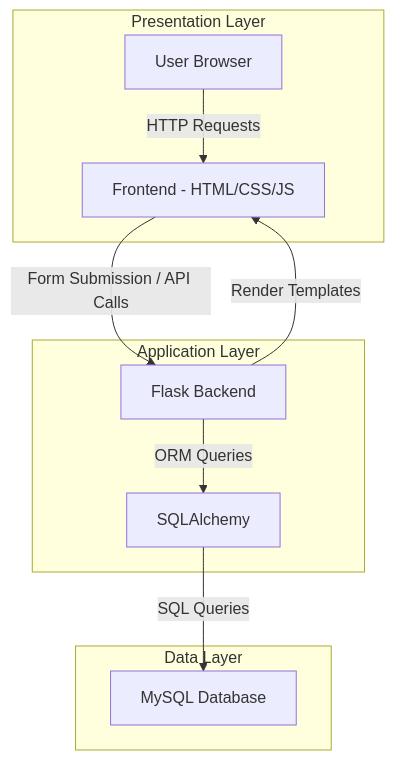
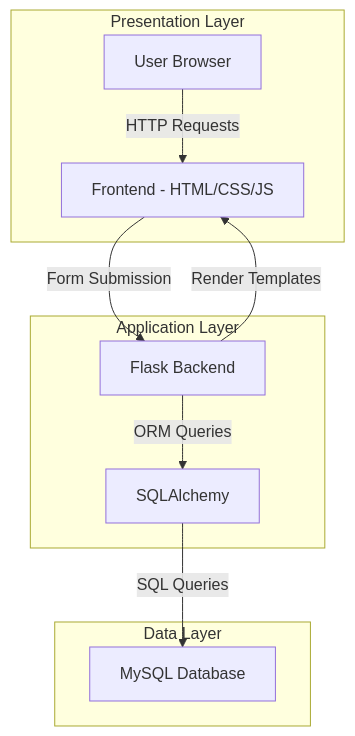
Before and after one commit to Gurnoor2910/3-Tier_Expense_Tracker_GCP: the diagram in README.md, drawn with Mermaid.

Commit message:
Clarify form submission in architecture diagram

````diff
--- a/README.md
+++ b/README.md
@@ -38,27 +38,27 @@
 ```mermaid
 graph TD
 
     A[User Browser] -->|HTTP Requests| B[Frontend - HTML/CSS/JS]
 
-    B -->|Form Submission / API Calls| C[Flask Backend]
+    B -->|Form Submission| C[Flask Backend]
 
     C -->|ORM Queries| D[SQLAlchemy]
 
     D -->|SQL Queries| E[MySQL Database]
 
     C -->|Render Templates| B
 
     subgraph Presentation Layer
         A
         B
     end
 
     subgraph Application Layer
         C
         D
     end
 
     subgraph Data Layer
         E
     end
 ```
````
